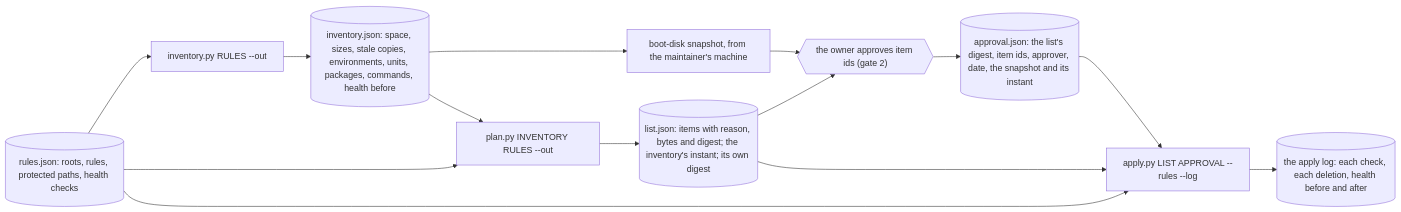
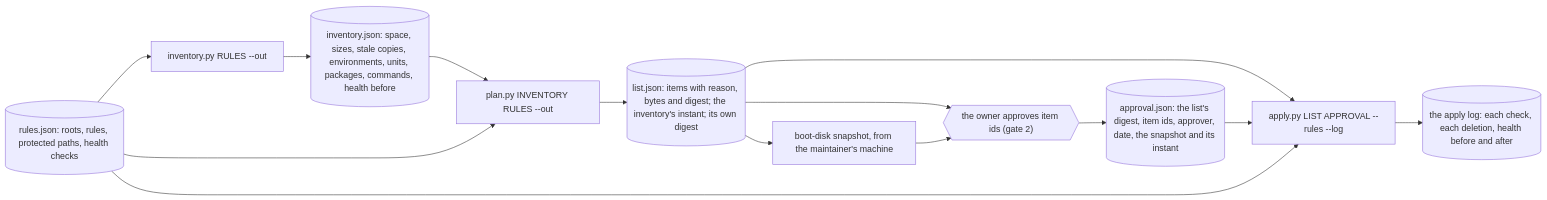
Before and after one commit to RexRenatus/deck-streak: the first of 2 diagrams in docs/schematics/host-scrub.md, drawn with Mermaid. The commit also changed other lines of this file and 6 other files, not shown here.

````diff
--- a/docs/schematics/host-scrub.md
+++ b/docs/schematics/host-scrub.md
@@ -21,16 +21,16 @@
 ```mermaid
 flowchart LR
   rules[("rules.json: roots, rules, protected paths, health checks")] --> inv
   inv["inventory.py RULES --out"] --> inventory[("inventory.json: space, sizes, stale copies, environments, units, packages, commands, health before")]
-  inventory --> snap["boot-disk snapshot, from the maintainer's machine"]
   inventory --> plan["plan.py INVENTORY RULES --out"]
   rules --> plan
   plan --> list[("list.json: items with reason, bytes and digest; the inventory's instant; its own digest")]
+  list --> snap["boot-disk snapshot, from the maintainer's machine"]
   list --> owner{{"the owner approves item ids (gate 2)"}}
   snap --> owner
   owner --> approval[("approval.json: the list's digest, item ids, approver, date, the snapshot and its instant")]
   list --> apply["apply.py LIST APPROVAL --rules --log"]
   approval --> apply
   rules --> apply
   apply --> log[("the apply log: each check, each deletion, health before and after")]
 ```
````
